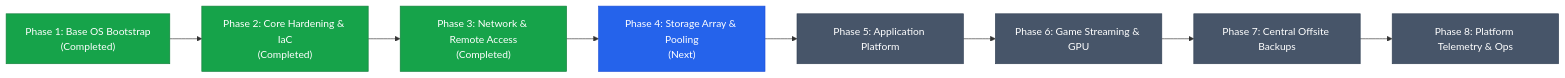
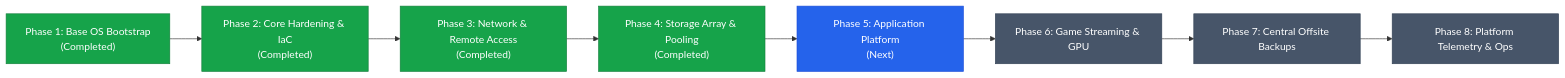
Before and after one commit to mabutler/homelab: the diagram in ROADMAP.md, drawn with Mermaid. The commit also changed other lines of this file and 35 other files, not shown here.

````diff
--- a/ROADMAP.md
+++ b/ROADMAP.md
@@ -23,19 +23,19 @@
 ```mermaid
 flowchart LR
     P1["Phase 1: Base OS Bootstrap\n(Completed)"] --> P2["Phase 2: Core Hardening & IaC\n(Completed)"]
     P2 --> P3["Phase 3: Network & Remote Access\n(Completed)"]
-    P3 --> P4["Phase 4: Storage Array & Pooling\n(Next)"]
-    P4 --> P5["Phase 5: Application Platform"]
+    P3 --> P4["Phase 4: Storage Array & Pooling\n(Completed)"]
+    P4 --> P5["Phase 5: Application Platform\n(Next)"]
     P5 --> P6["Phase 6: Game Streaming & GPU"]
     P6 --> P7["Phase 7: Central Offsite Backups"]
     P7 --> P8["Phase 8: Platform Telemetry & Ops"]
 
     style P1 fill:#16a34a,stroke:#15803d,color:#fff
     style P2 fill:#16a34a,stroke:#15803d,color:#fff
     style P3 fill:#16a34a,stroke:#15803d,color:#fff
-    style P4 fill:#2563eb,stroke:#1d4ed8,color:#fff
-    style P5 fill:#475569,stroke:#334155,color:#fff
+    style P4 fill:#16a34a,stroke:#15803d,color:#fff
+    style P5 fill:#2563eb,stroke:#1d4ed8,color:#fff
     style P6 fill:#475569,stroke:#334155,color:#fff
     style P7 fill:#475569,stroke:#334155,color:#fff
     style P8 fill:#475569,stroke:#334155,color:#fff
 ```
````
